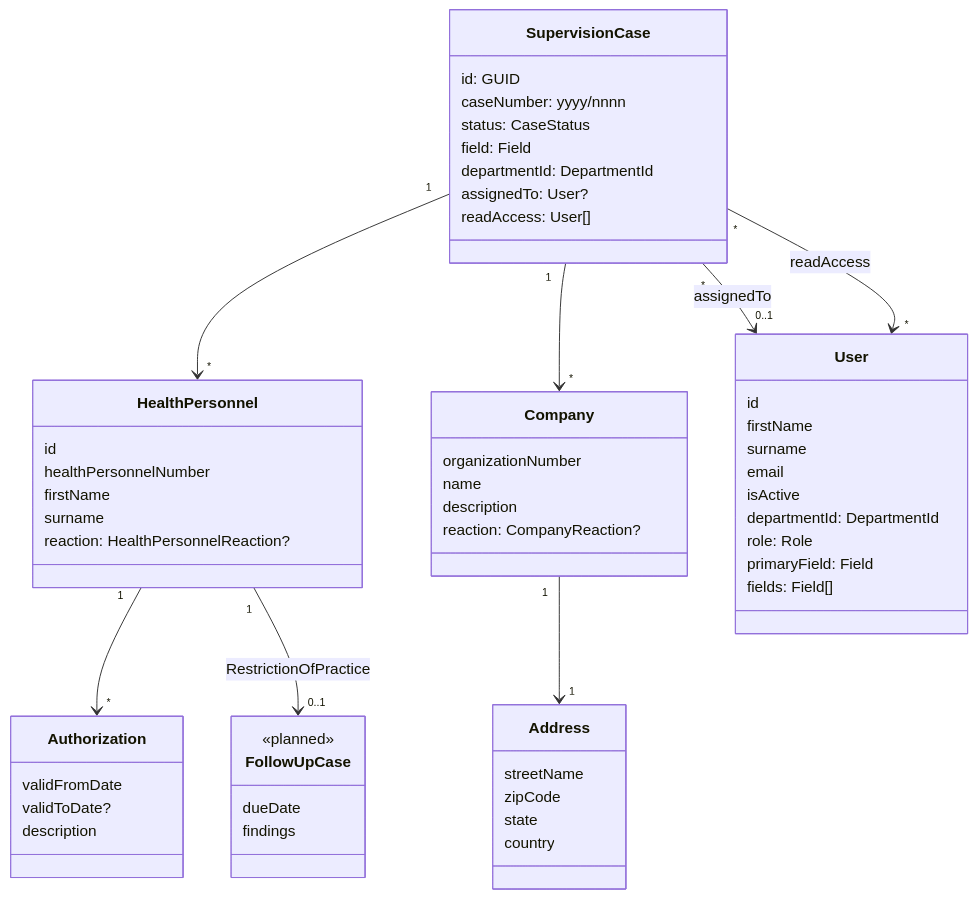
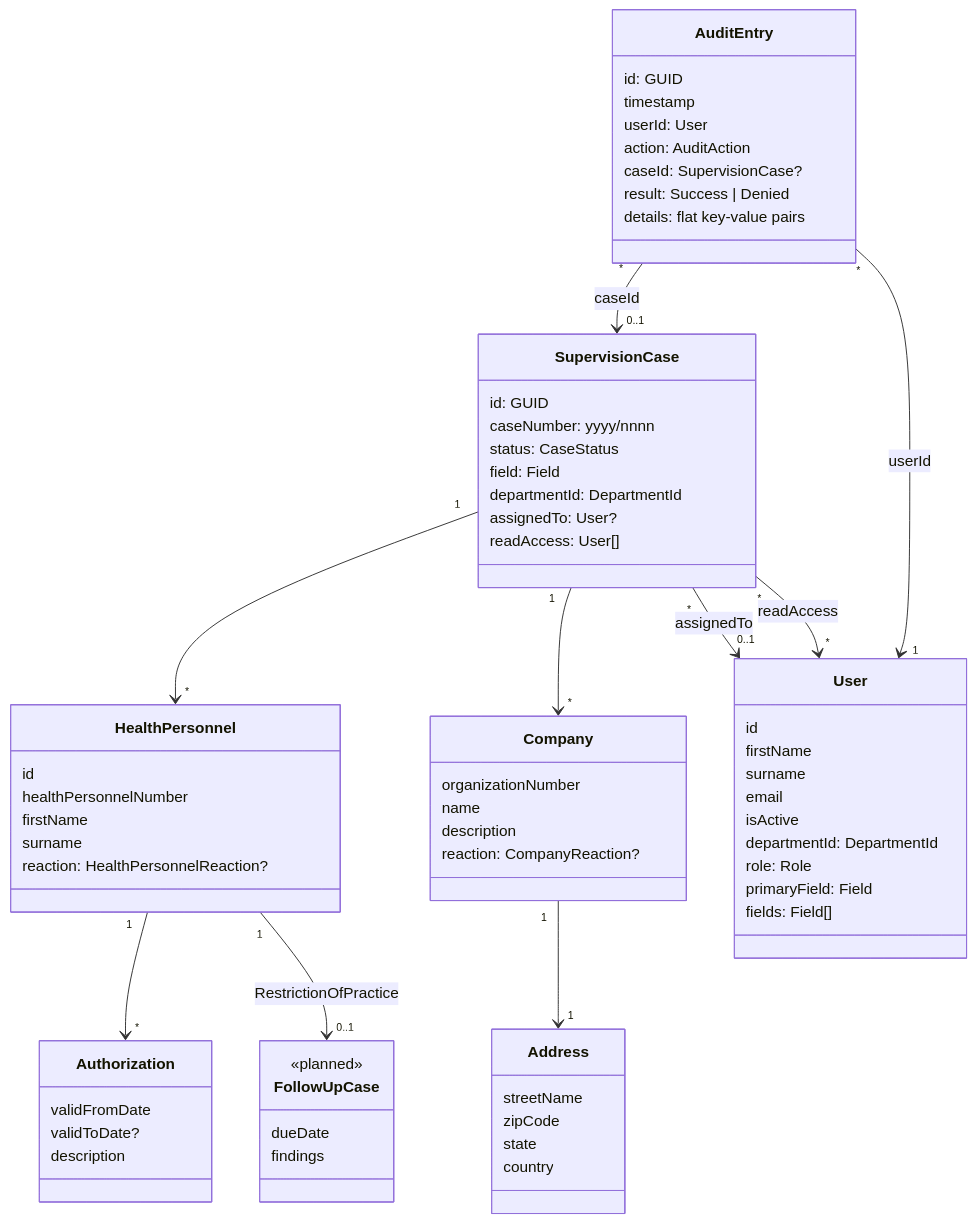
The diagram in docs/domain-model.md (TLS97/tines-case-management-system), drawn with Mermaid before and after one commit. The commit also changed other lines of this file and 13 other files, not shown here.

````diff
--- a/docs/domain-model.md
+++ b/docs/domain-model.md
@@ -3,59 +7,70 @@
 ```mermaid
 classDiagram
   class SupervisionCase {
     id: GUID
     caseNumber: yyyy/nnnn
     status: CaseStatus
     field: Field
     departmentId: DepartmentId
     assignedTo: User?
     readAccess: User[]
   }
   class HealthPersonnel {
     id
     healthPersonnelNumber
     firstName
     surname
     reaction: HealthPersonnelReaction?
   }
   class Authorization {
     validFromDate
     validToDate?
     description
   }
   class Company {
     organizationNumber
     name
     description
     reaction: CompanyReaction?
   }
   class Address {
     streetName
     zipCode
     state
     country
   }
   class User {
     id
     firstName
     surname
     email
     isActive
     departmentId: DepartmentId
     role: Role
     primaryField: Field
     fields: Field[]
   }
+  class AuditEntry {
+    id: GUID
+    timestamp
+    userId: User
+    action: AuditAction
+    caseId: SupervisionCase?
+    result: Success | Denied
+    details: flat key-value pairs
+  }
   class FollowUpCase {
     <<planned>>
     dueDate
     findings
   }
   SupervisionCase "1" --> "*" HealthPersonnel
   SupervisionCase "1" --> "*" Company
   HealthPersonnel "1" --> "*" Authorization
   Company "1" --> "1" Address
   SupervisionCase "*" --> "0..1" User : assignedTo
   SupervisionCase "*" --> "*" User : readAccess
   HealthPersonnel "1" --> "0..1" FollowUpCase : RestrictionOfPractice
+  AuditEntry "*" --> "1" User : userId
+  AuditEntry "*" --> "0..1" SupervisionCase : caseId
 ```
````
